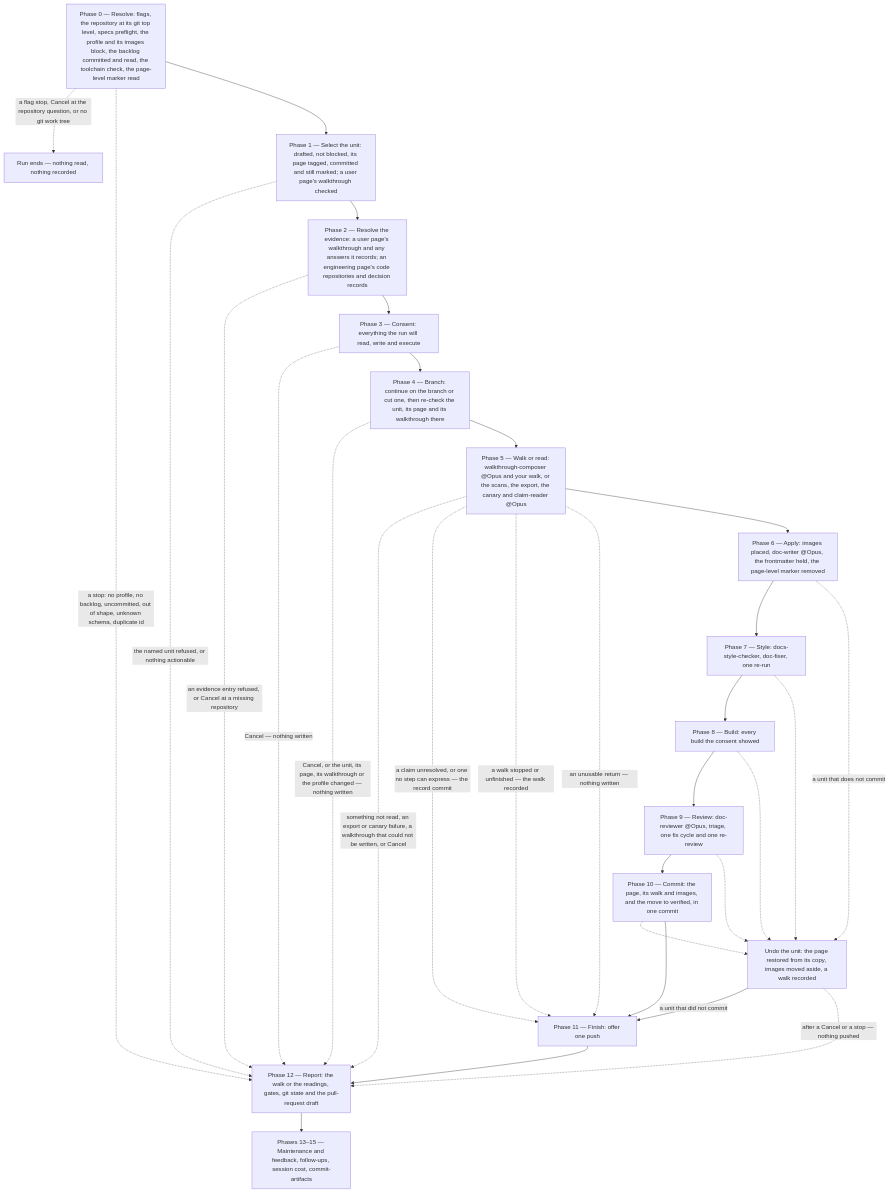
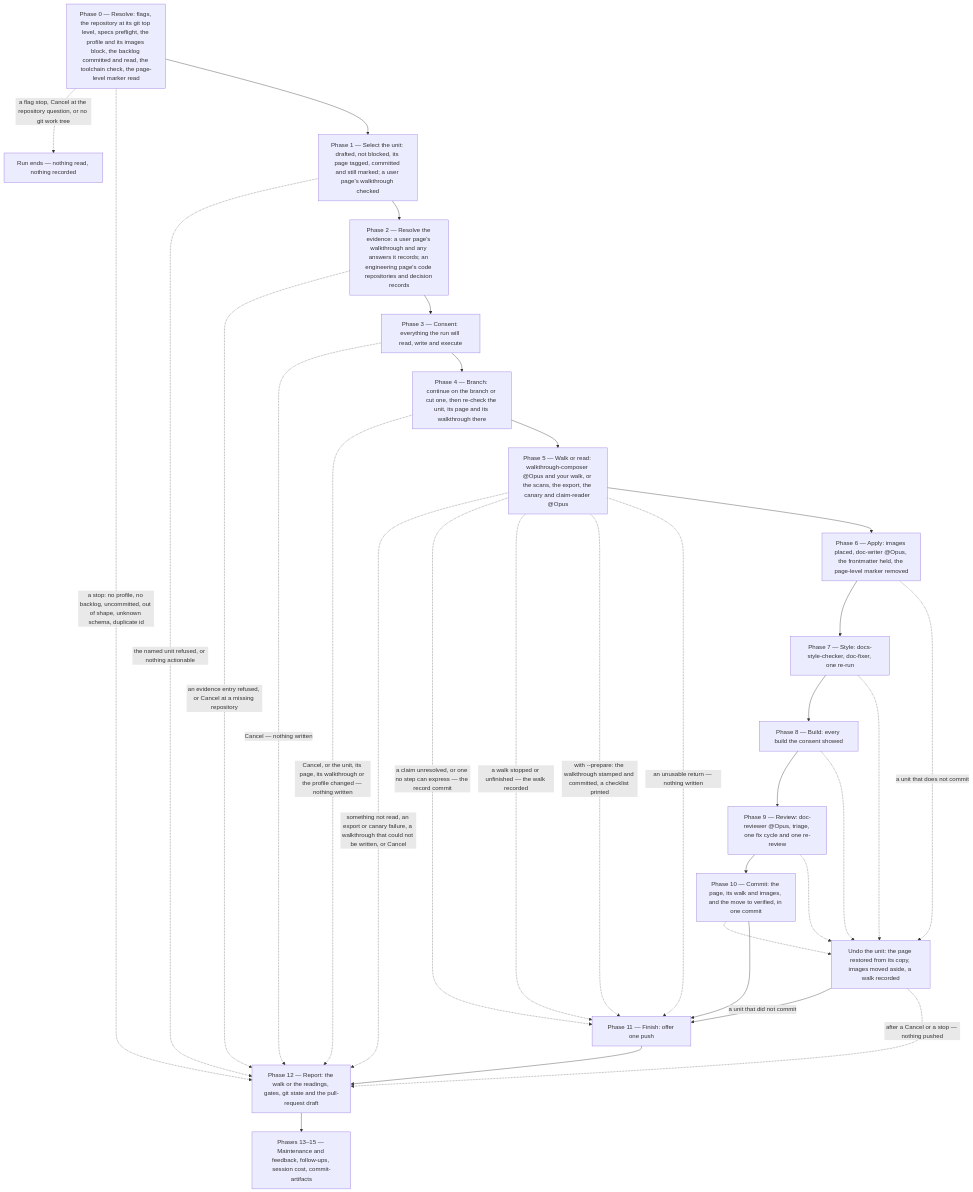
Before and after one commit to ihudak/ai-workflows: the diagram in plugins/docs-workflows/docs/commands/docs-verify.md, drawn with Mermaid. The commit also changed other lines of this file and 3 other files, not shown here.

First line of the commit message:
feat(doc-d-g1): /docs-verify --prepare — a stamped walkthrough committed for a walk outside the session

````diff
--- a/plugins/docs-workflows/docs/commands/docs-verify.md
+++ b/plugins/docs-workflows/docs/commands/docs-verify.md
@@ -49,34 +54,35 @@
 ```mermaid
 flowchart TD
     p0["Phase 0 — Resolve: flags, the repository at its git top level, specs preflight, the profile and its images block, the backlog committed and read, the toolchain check, the page-level marker read"]
     p0 -.->|"a flag stop, Cancel at the repository question, or no git work tree"| runend["Run ends — nothing read, nothing recorded"]
     p0 -.->|"a stop: no profile, no backlog, uncommitted, out of shape, unknown schema, duplicate id"| p12
     p0 --> p1["Phase 1 — Select the unit: drafted, not blocked, its page tagged, committed and still marked; a user page's walkthrough checked"]
     p1 -.->|"the named unit refused, or nothing actionable"| p12
     p1 --> p2["Phase 2 — Resolve the evidence: a user page's walkthrough and any answers it records; an engineering page's code repositories and decision records"]
     p2 -.->|"an evidence entry refused, or Cancel at a missing repository"| p12
     p2 --> p3["Phase 3 — Consent: everything the run will read, write and execute"]
     p3 -.->|"Cancel — nothing written"| p12
     p3 --> p4["Phase 4 — Branch: continue on the branch or cut one, then re-check the unit, its page and its walkthrough there"]
     p4 -.->|"Cancel, or the unit, its page, its walkthrough or the profile changed — nothing written"| p12
     p4 --> p5["Phase 5 — Walk or read: walkthrough-composer @Opus and your walk, or the scans, the export, the canary and claim-reader @Opus"]
     p5 -.->|"something not read, an export or canary failure, a walkthrough that could not be written, or Cancel"| p12
     p5 -.->|"a claim unresolved, or one no step can express — the record commit"| p11
     p5 -.->|"a walk stopped or unfinished — the walk recorded"| p11
+    p5 -.->|"with --prepare: the walkthrough stamped and committed, a checklist printed"| p11
     p5 -.->|"an unusable return — nothing written"| p11
     p5 --> p6["Phase 6 — Apply: images placed, doc-writer @Opus, the frontmatter held, the page-level marker removed"]
     p6 --> p7["Phase 7 — Style: docs-style-checker, doc-fixer, one re-run"]
     p7 --> p8["Phase 8 — Build: every build the consent showed"]
     p8 --> p9["Phase 9 — Review: doc-reviewer @Opus, triage, one fix cycle and one re-review"]
     p9 --> p10["Phase 10 — Commit: the page, its walk and images, and the move to verified, in one commit"]
     p6 -.->|"a unit that does not commit"| undo["Undo the unit: the page restored from its copy, images moved aside, a walk recorded"]
     p7 -.-> undo
     p8 -.-> undo
     p9 -.-> undo
     p10 -.-> undo
     undo -->|"a unit that did not commit"| p11
     undo -.->|"after a Cancel or a stop — nothing pushed"| p12
     p10 --> p11["Phase 11 — Finish: offer one push"]
     p11 --> p12["Phase 12 — Report: the walk or the readings, gates, git state and the pull-request draft"]
     p12 --> tail["Phases 13–15 — Maintenance and feedback, follow-ups, session cost, commit-artifacts"]
 ```
````
